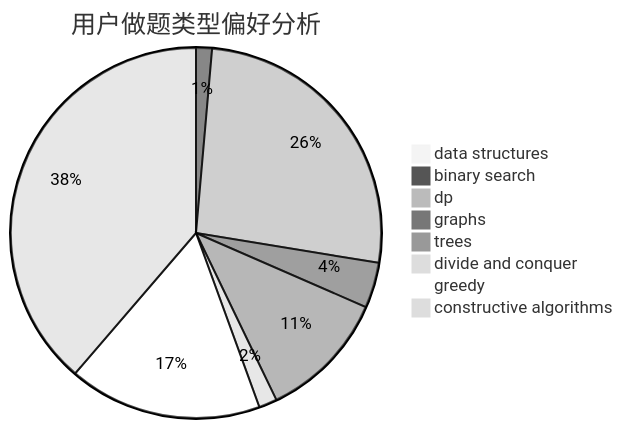
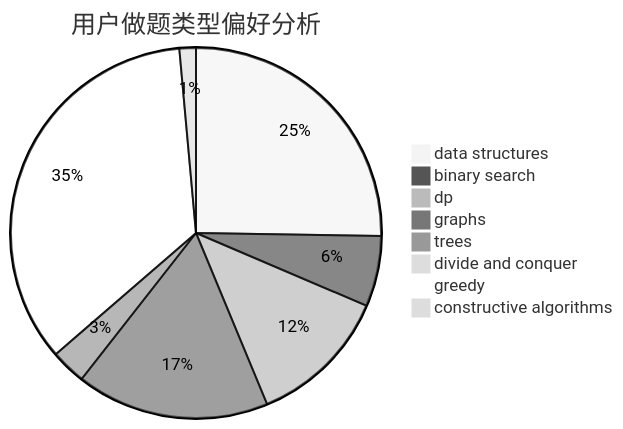
One commit to sherpahu/cfrs.github.io changed the second of 3 diagrams in docs/user/u1402.md. Above: the diagram before and after it, drawn with Mermaid (neutral theme). The commit also changed other lines of this file and 2770 other files, not shown here.

````diff
--- a/docs/user/u1402.md
+++ b/docs/user/u1402.md
@@ -23,11 +23,11 @@
 ```mermaid
 pie title 用户做题类型偏好分析
-    "data structures" :  3
-    "binary search" :  7
-    "dp" :  132
-    "graphs" :  20
-    "trees" :  57
-    "divide and conquer" :  8
-    "greedy" :  85
-    "constructive algorithms" :  195
+    "data structures" :  123
+    "binary search" :  30
+    "dp" :  60
+    "graphs" :  82
+    "trees" :  15
+    "divide and conquer" :  0
+    "greedy" :  170
+    "constructive algorithms" :  7
 ```
````
